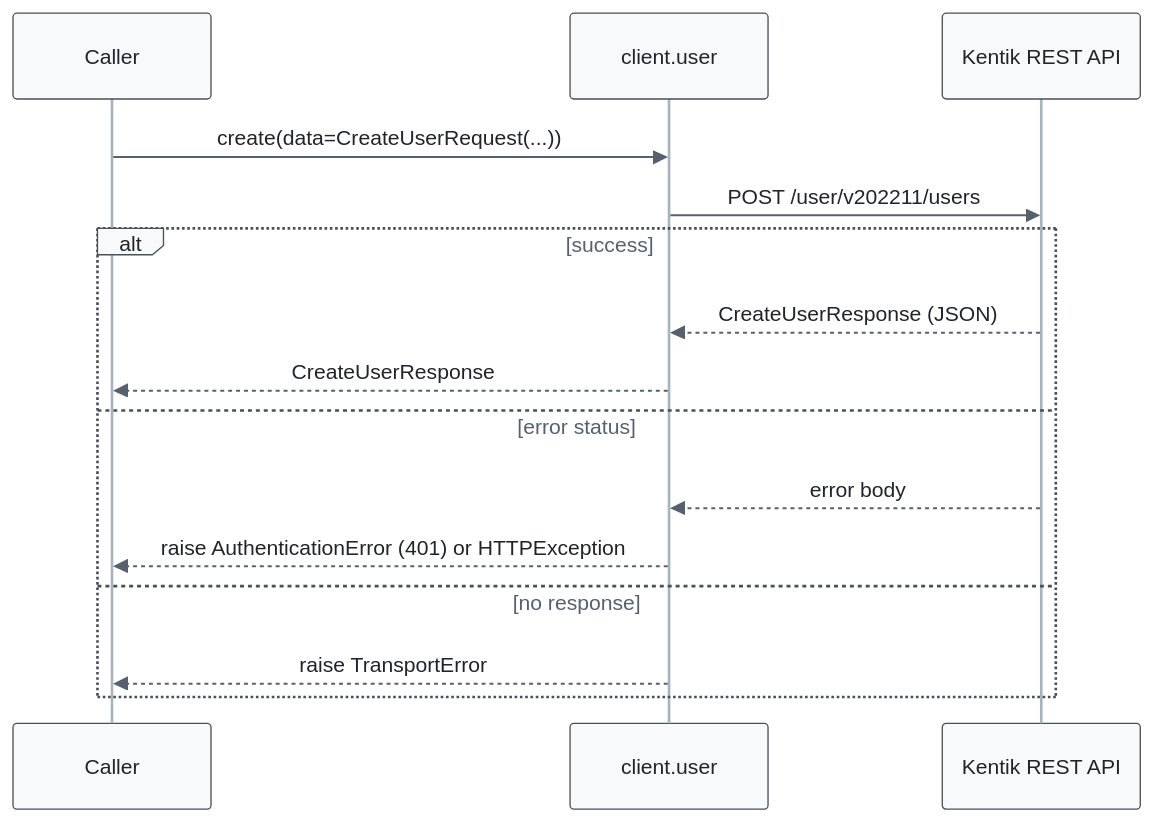
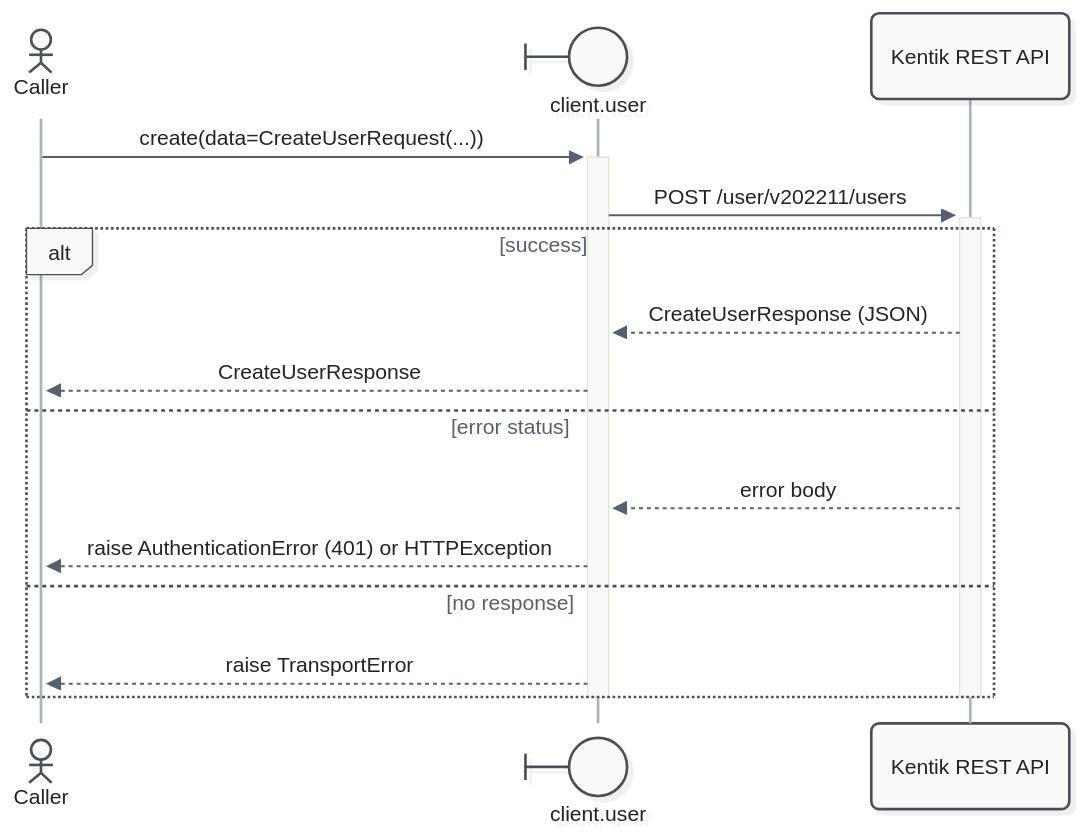
One commit to alexdearaujo/community_sdk_python changed the third of 15 diagrams in docs/sphinx/services/user.md. Above: the diagram before and after it, drawn with Mermaid. The commit also changed other lines of this file and 52 other files, not shown here.

First line of the commit message:
docs: Mermaid 12 sequence diagrams with participant types and path colors

````diff
--- a/docs/sphinx/services/user.md
+++ b/docs/sphinx/services/user.md
@@ -103,19 +108,21 @@
 ```mermaid
-%%{init: {"theme": "base", "fontFamily": "ui-monospace, SFMono-Regular, Menlo, monospace", "themeVariables": {"fontFamily": "ui-monospace, SFMono-Regular, Menlo, monospace", "primaryColor": "#f8f9fa", "primaryBorderColor": "#495057", "primaryTextColor": "#212529", "textColor": "#212529", "lineColor": "#77818c", "edgeLabelBackground": "#ffffff", "actorBkg": "#f8f9fa", "actorBorder": "#495057", "actorTextColor": "#212529", "actorLineColor": "#a9b3be", "signalColor": "#57616d", "signalTextColor": "#212529", "labelBoxBkgColor": "#f8f9fa", "labelBoxBorderColor": "#495057", "labelTextColor": "#212529", "loopTextColor": "#57616d", "noteBkgColor": "#fff9db", "noteBorderColor": "#f08c00", "noteTextColor": "#a35a00"}, "flowchart": {"curve": "step", "nodeSpacing": 30, "rankSpacing": 70, "wrappingWidth": 400}}}%%
+%%{init: {"theme": "redux", "look": "neo", "layout": "dagre", "fontFamily": "ui-monospace, SFMono-Regular, Menlo, monospace", "themeVariables": {"fontFamily": "ui-monospace, SFMono-Regular, Menlo, monospace", "primaryColor": "#f8f9fa", "primaryBorderColor": "#495057", "primaryTextColor": "#212529", "textColor": "#212529", "lineColor": "#77818c", "edgeLabelBackground": "#ffffff", "actorBkg": "#f8f9fa", "actorBorder": "#495057", "actorTextColor": "#212529", "actorLineColor": "#a9b3be", "signalColor": "#57616d", "signalTextColor": "#212529", "labelBoxBkgColor": "#f8f9fa", "labelBoxBorderColor": "#495057", "labelTextColor": "#212529", "loopTextColor": "#57616d", "noteBkgColor": "#fff9db", "noteBorderColor": "#f08c00", "noteTextColor": "#a35a00"}, "sequence": {"activationWidth": 16}, "flowchart": {"curve": "step", "nodeSpacing": 30, "rankSpacing": 70, "wrappingWidth": 400}}}%%
 sequenceDiagram
-    participant C as Caller
-    participant W as client.user
+    actor C as Caller
+    participant W@{ "type": "boundary" } as client.user
     participant API as Kentik REST API
 
-    C->>W: create(data=CreateUserRequest(...))
-    W->>API: POST /user/v202211/users
+    C->>+W: create(data=CreateUserRequest(...))
+    W->>+API: POST /user/v202211/users
     alt success
         API-->>W: CreateUserResponse (JSON)
         W-->>C: CreateUserResponse
     else error status
         API-->>W: error body
         W-->>C: raise AuthenticationError (401) or HTTPException
     else no response
         W-->>C: raise TransportError
     end
+    deactivate API
+    deactivate W
 ```
````
